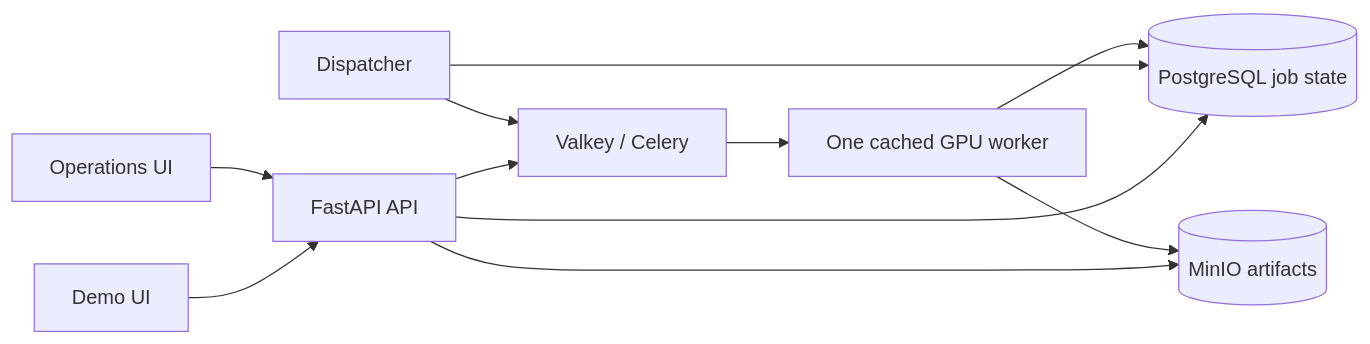
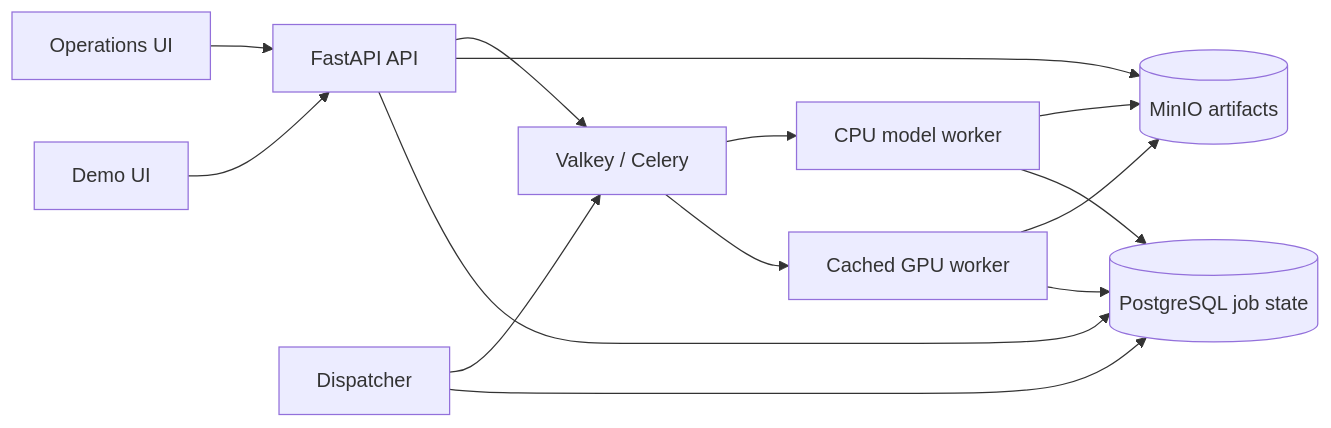
The diagram in README.md (humma-humma/video-mlops-platform), drawn with Mermaid before and after one commit. The commit also changed other lines of this file and 22 other files, not shown here.

Commit message:
Add deployment adapters and CPU model serving

````diff
--- a/README.md
+++ b/README.md
@@ -34,13 +36,16 @@
 ```mermaid
 flowchart LR
     UI[Demo UI] --> API[FastAPI API]
     API --> DB[(PostgreSQL job state)]
     API --> Store[(MinIO artifacts)]
     API --> Queue[Valkey / Celery]
     Dispatch[Dispatcher] --> DB
     Dispatch --> Queue
-    Queue --> Worker[One cached GPU worker]
+    Queue --> Worker[Cached GPU worker]
+    Queue --> CPU[CPU model worker]
     Worker --> DB
     Worker --> Store
+    CPU --> DB
+    CPU --> Store
     Ops[Operations UI] --> API
 ```
````
